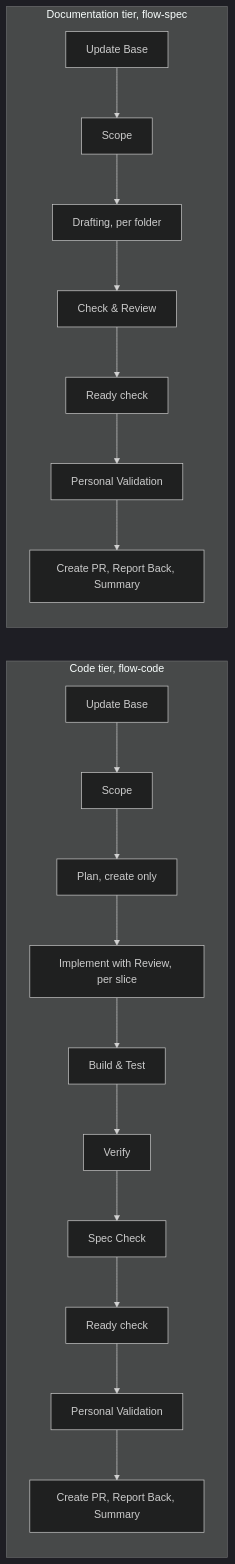
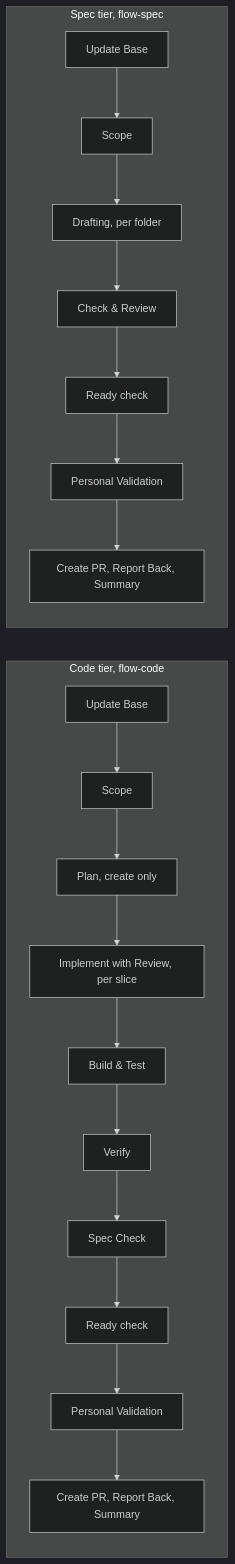
Before and after one commit to JSdotNet/ai-agent-stack: the fifth of 8 diagrams in .devbook/arc42/building-blocks/delivery.md, drawn with Mermaid (dark theme). The commit also changed other lines of this file, not shown here.

````diff
--- a/.devbook/arc42/building-blocks/delivery.md
+++ b/.devbook/arc42/building-blocks/delivery.md
@@ -1036,25 +1036,25 @@
 ```mermaid
 flowchart LR
     subgraph code["Code tier, flow-code"]
         direction TB
         c1["Update Base"] --> c2["Scope"]
         c2 --> c3["Plan, create only"]
         c3 --> c4["Implement with Review, per slice"]
         c4 --> c5["Build & Test"]
         c5 --> c6["Verify"]
         c6 --> c7["Spec Check"]
         c7 --> c8["Ready check"]
         c8 --> c9["Personal Validation"]
         c9 --> c10["Create PR, Report Back, Summary"]
     end
 
-    subgraph docs["Documentation tier, flow-spec"]
+    subgraph docs["Spec tier, flow-spec"]
         direction TB
         d1["Update Base"] --> d2["Scope"]
         d2 --> d3["Drafting, per folder"]
         d3 --> d4["Check & Review"]
         d4 --> d5["Ready check"]
         d5 --> d6["Personal Validation"]
         d6 --> d7["Create PR, Report Back, Summary"]
     end
 ```
````
